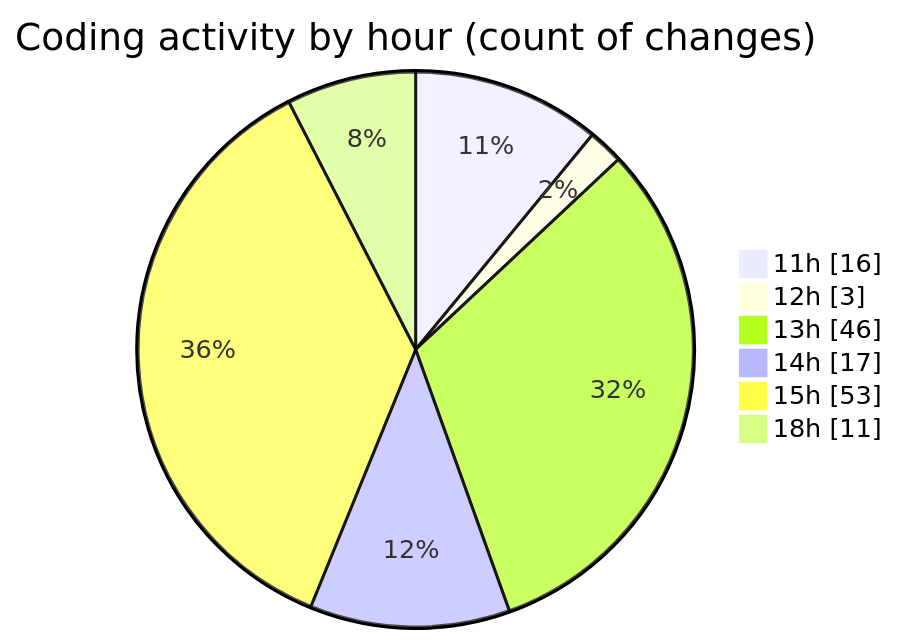
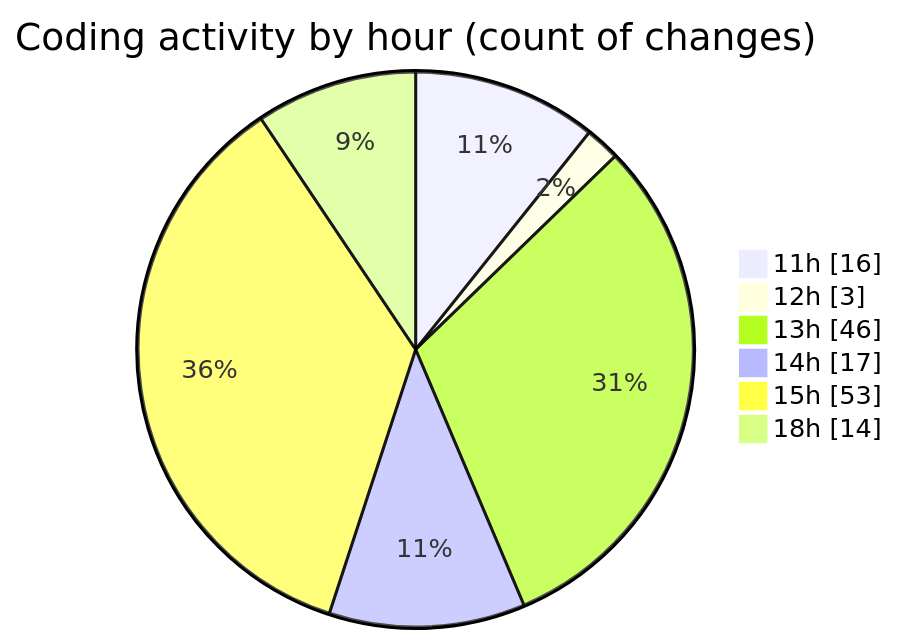
The second of 2 diagrams in 2025-07-08/argos/README.md (nxtqubesakshisongat/code-tracking), drawn with Mermaid before and after one commit. The commit also changed other lines of this file and 1 other file, not shown here.

````diff
--- a/2025-07-08/argos/README.md
+++ b/2025-07-08/argos/README.md
@@ -34,10 +34,10 @@
 ```mermaid
 pie showData
 title Coding activity by hour (count of changes)
 "11h" : 16
 "12h" : 3
 "13h" : 46
 "14h" : 17
 "15h" : 53
-"18h" : 11
+"18h" : 14
 ```
````
